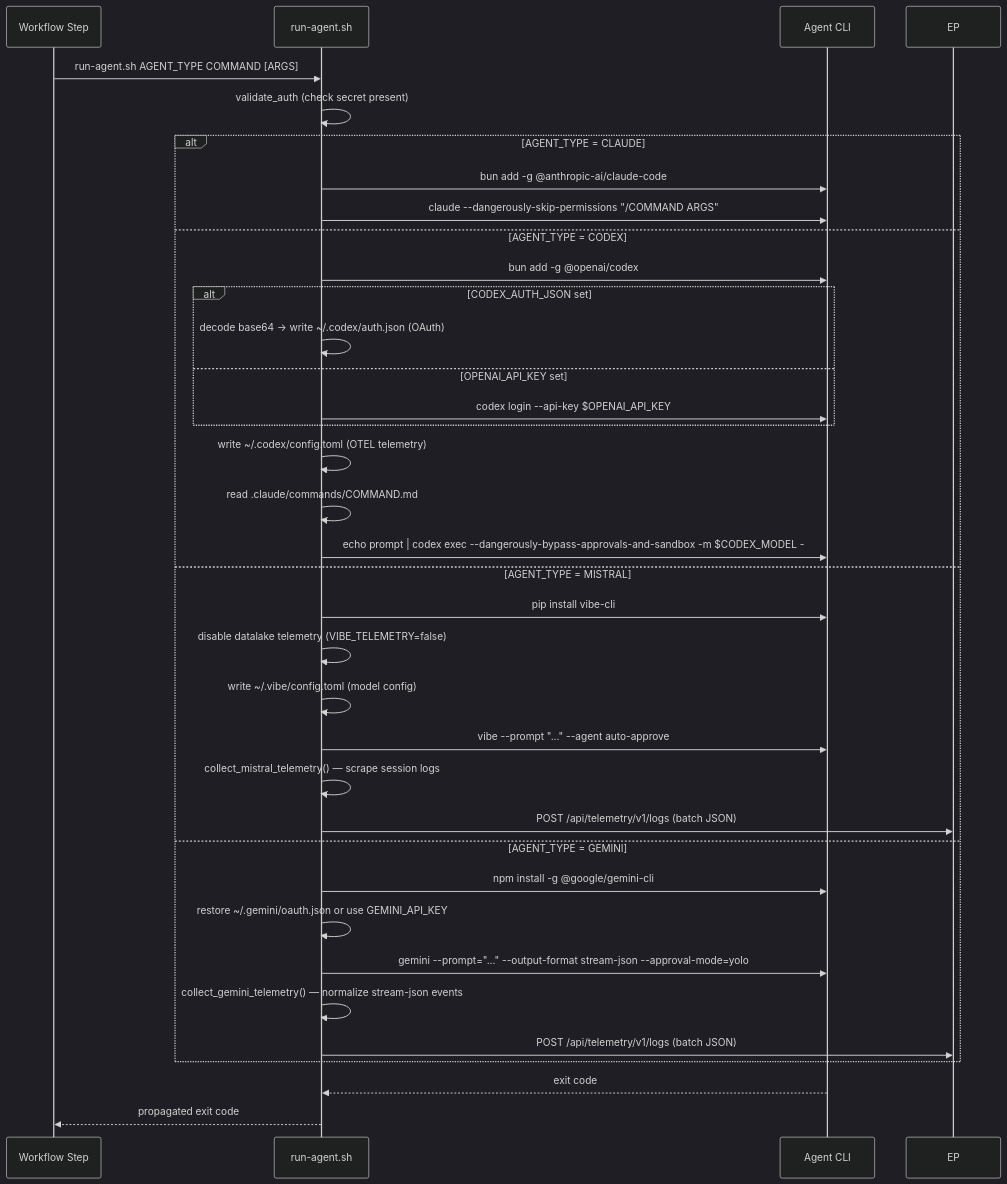
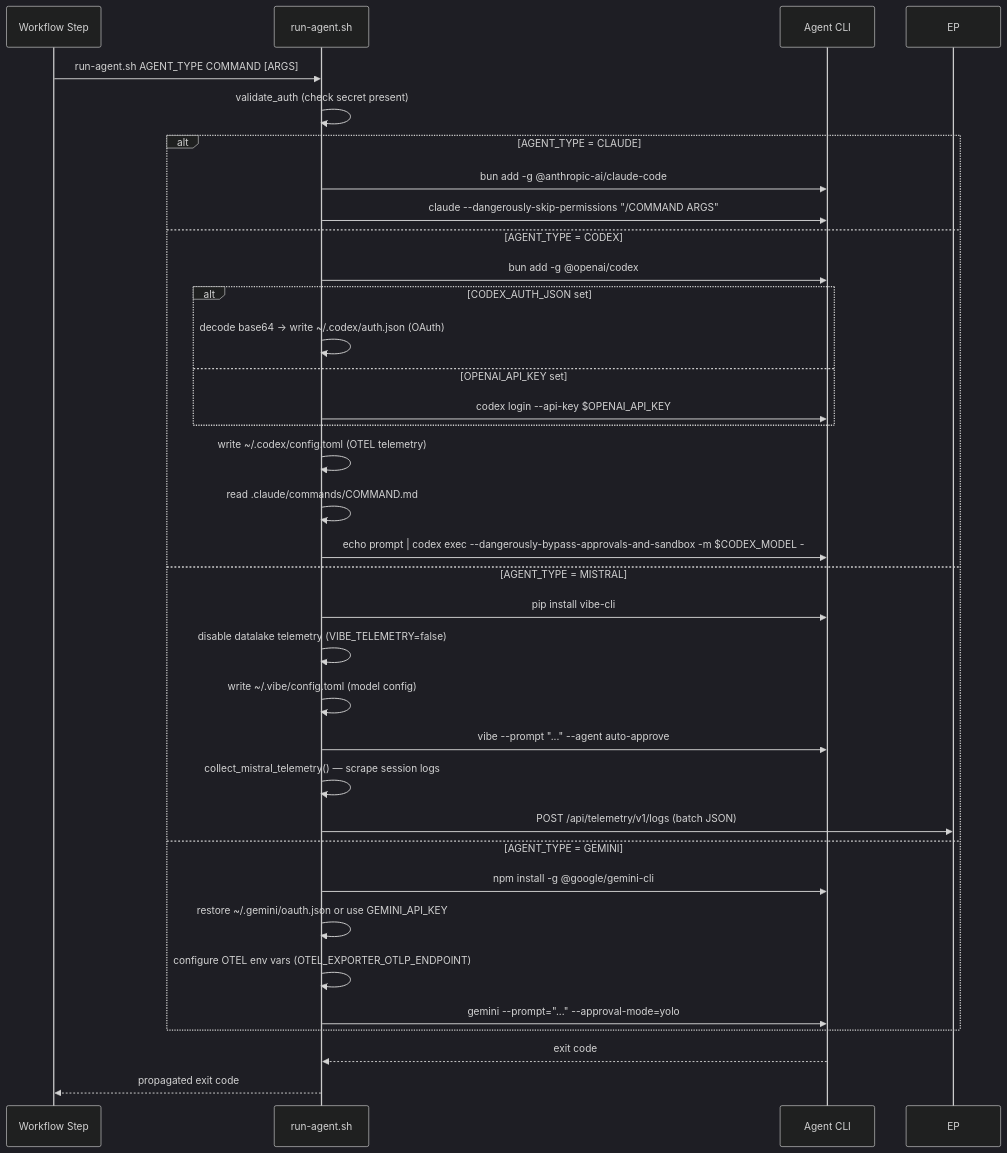
The second of 5 diagrams in specs/specifications/technical/implementation/integrations.md (bfernandez31/ai-board), drawn with Mermaid (dark theme) before and after one commit. The commit also changed other lines of this file and 4 other files, not shown here.

````diff
--- a/specs/specifications/technical/implementation/integrations.md
+++ b/specs/specifications/technical/implementation/integrations.md
@@ -494,38 +494,37 @@
 ```mermaid
 sequenceDiagram
     participant WF as Workflow Step
     participant RS as run-agent.sh
     participant CLI as Agent CLI
 
     WF->>RS: run-agent.sh AGENT_TYPE COMMAND [ARGS]
     RS->>RS: validate_auth (check secret present)
     alt AGENT_TYPE = CLAUDE
         RS->>CLI: bun add -g @anthropic-ai/claude-code
         RS->>CLI: claude --dangerously-skip-permissions "/COMMAND ARGS"
     else AGENT_TYPE = CODEX
         RS->>CLI: bun add -g @openai/codex
         alt CODEX_AUTH_JSON set
             RS->>RS: decode base64 → write ~/.codex/auth.json (OAuth)
         else OPENAI_API_KEY set
             RS->>CLI: codex login --api-key $OPENAI_API_KEY
         end
         RS->>RS: write ~/.codex/config.toml (OTEL telemetry)
         RS->>RS: read .claude/commands/COMMAND.md
         RS->>CLI: echo prompt | codex exec --dangerously-bypass-approvals-and-sandbox -m $CODEX_MODEL -
     else AGENT_TYPE = MISTRAL
         RS->>CLI: pip install vibe-cli
         RS->>RS: disable datalake telemetry (VIBE_TELEMETRY=false)
         RS->>RS: write ~/.vibe/config.toml (model config)
         RS->>CLI: vibe --prompt "..." --agent auto-approve
         RS->>RS: collect_mistral_telemetry() — scrape session logs
         RS->>EP: POST /api/telemetry/v1/logs (batch JSON)
     else AGENT_TYPE = GEMINI
         RS->>CLI: npm install -g @google/gemini-cli
         RS->>RS: restore ~/.gemini/oauth.json or use GEMINI_API_KEY
-        RS->>CLI: gemini --prompt="..." --output-format stream-json --approval-mode=yolo
-        RS->>RS: collect_gemini_telemetry() — normalize stream-json events
-        RS->>EP: POST /api/telemetry/v1/logs (batch JSON)
+        RS->>RS: configure OTEL env vars (OTEL_EXPORTER_OTLP_ENDPOINT)
+        RS->>CLI: gemini --prompt="..." --approval-mode=yolo
     end
     CLI-->>RS: exit code
     RS-->>WF: propagated exit code
 ```
````
